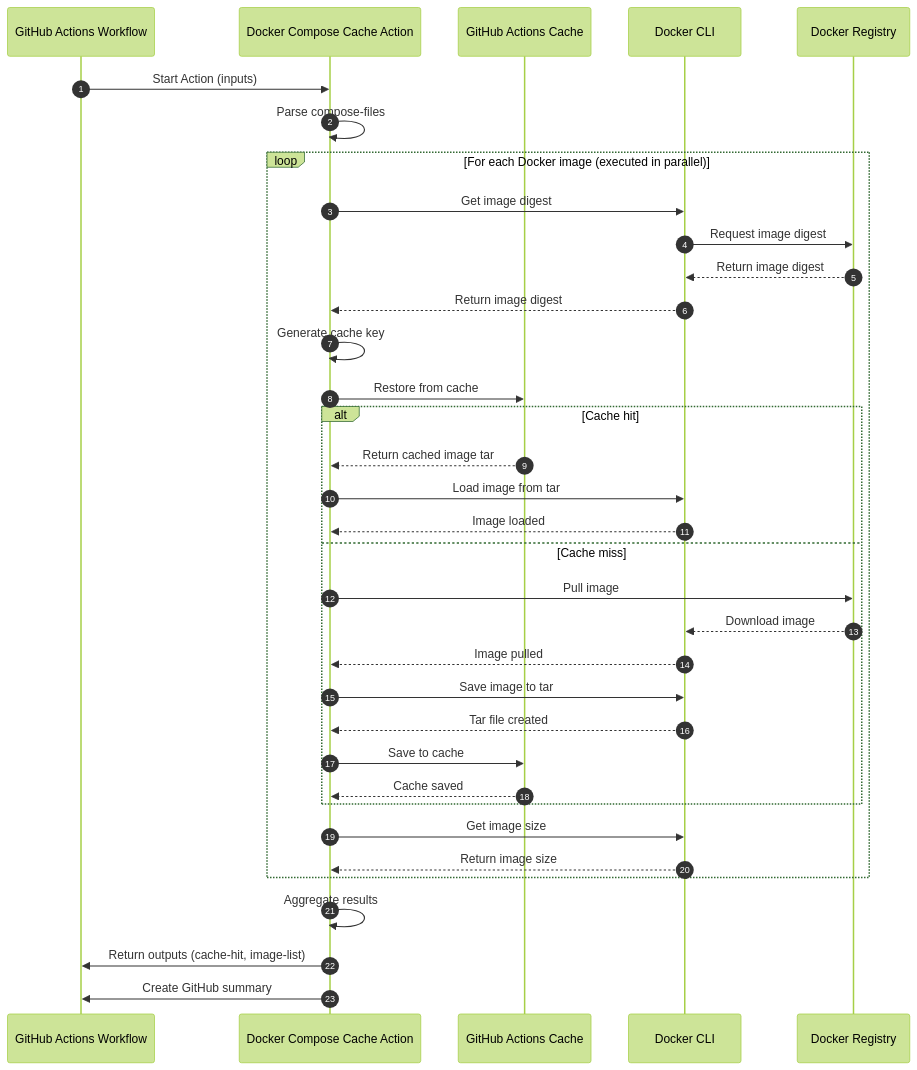
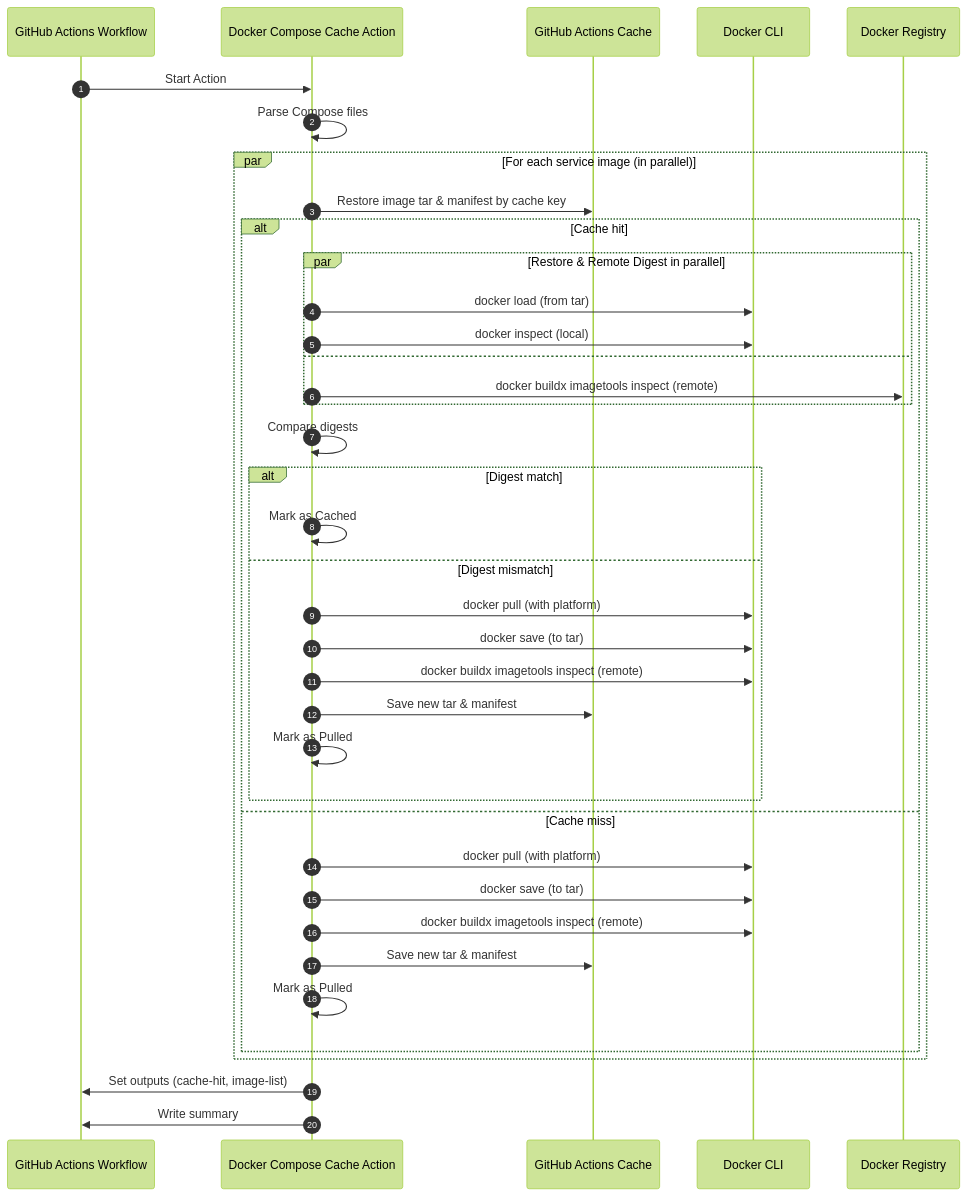
Before and after one commit to seijikohara/docker-compose-cache-action: the diagram in README.md, drawn with Mermaid (forest theme). The commit also changed other lines of this file, not shown here.

Commit message:
refactor: improve caching logic and output details in README

````diff
--- a/README.md
+++ b/README.md
@@ -21,38 +21,41 @@
 ```mermaid
 sequenceDiagram
     autonumber
     participant Workflow as GitHub Actions Workflow
     participant Action as Docker Compose Cache Action
     participant Cache as GitHub Actions Cache
     participant Docker as Docker CLI
     participant Registry as Docker Registry
 
-    Workflow->>Action: Start Action (inputs)
-    Action->>Action: Parse compose-files
-    loop For each Docker image (executed in parallel)
-        Action->>Docker: Get image digest
-        Docker->>Registry: Request image digest
-        Registry-->>Docker: Return image digest
-        Docker-->>Action: Return image digest
-        Action->>Action: Generate cache key
-        Action->>Cache: Restore from cache
+    Workflow->>Action: Start Action
+    Action->>Action: Parse Compose files
+    par For each service image (in parallel)
+        Action->>Cache: Restore image tar & manifest by cache key
         alt Cache hit
-            Cache-->>Action: Return cached image tar
-            Action->>Docker: Load image from tar
-            Docker-->>Action: Image loaded
+            par Restore & Remote Digest in parallel
+                Action->>Docker: docker load (from tar)
+                Action->>Docker: docker inspect (local)
+                and
+                Action->>Registry: docker buildx imagetools inspect (remote)
+            end
+            Action->>Action: Compare digests
+            alt Digest match
+                Action->>Action: Mark as Cached
+            else Digest mismatch
+                Action->>Docker: docker pull (with platform)
+                Action->>Docker: docker save (to tar)
+                Action->>Docker: docker buildx imagetools inspect (remote)
+                Action->>Cache: Save new tar & manifest
+                Action->>Action: Mark as Pulled
+            end
         else Cache miss
-            Action->>Registry: Pull image
-            Registry-->>Docker: Download image
-            Docker-->>Action: Image pulled
-            Action->>Docker: Save image to tar
-            Docker-->>Action: Tar file created
-            Action->>Cache: Save to cache
-            Cache-->>Action: Cache saved
+            Action->>Docker: docker pull (with platform)
+            Action->>Docker: docker save (to tar)
+            Action->>Docker: docker buildx imagetools inspect (remote)
+            Action->>Cache: Save new tar & manifest
+            Action->>Action: Mark as Pulled
         end
-        Action->>Docker: Get image size
-        Docker-->>Action: Return image size
     end
-    Action->>Action: Aggregate results
-    Action->>Workflow: Return outputs (cache-hit, image-list)
-    Action->>Workflow: Create GitHub summary
+    Action->>Workflow: Set outputs (cache-hit, image-list)
+    Action->>Workflow: Write summary
 ```
````
